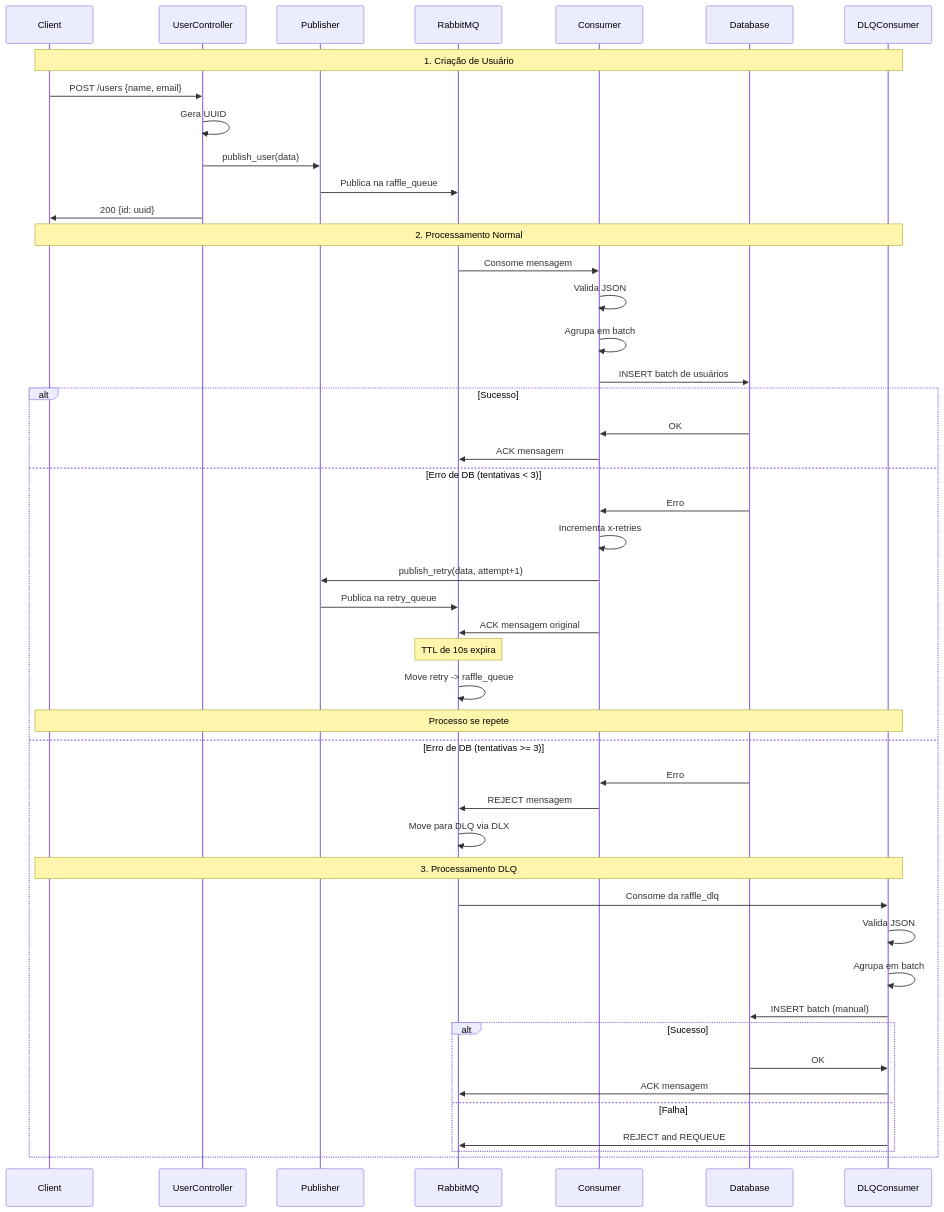
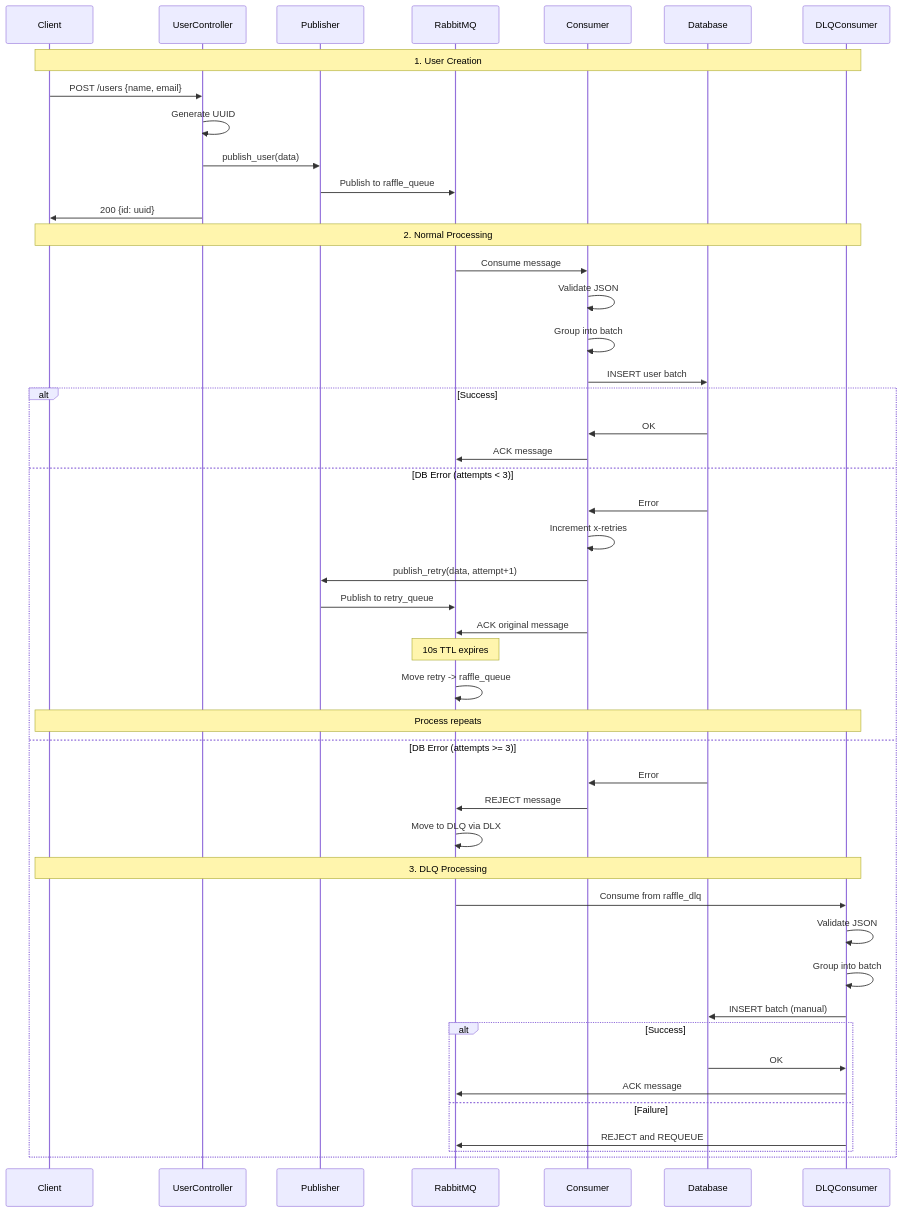
The second of 6 diagrams in docs/user_queue_process.md (dakoctba/raffle), drawn with Mermaid before and after one commit. The commit also changed other lines of this file and 2 other files, not shown here.

````diff
--- a/docs/user_queue_process.md
+++ b/docs/user_queue_process.md
@@ -61,60 +63,60 @@
 ```mermaid
 sequenceDiagram
     participant Client
     participant API as UserController
     participant Pub as Publisher
     participant RMQ as RabbitMQ
     participant Con as Consumer
     participant DB as Database
     participant DLQ as DLQConsumer
 
-    Note over Client, DLQ: 1. Criação de Usuário
+    Note over Client, DLQ: 1. User Creation
 
     Client->>API: POST /users {name, email}
-    API->>API: Gera UUID
+    API->>API: Generate UUID
     API->>Pub: publish_user(data)
-    Pub->>RMQ: Publica na raffle_queue
+    Pub->>RMQ: Publish to raffle_queue
     API->>Client: 200 {id: uuid}
 
-    Note over Client, DLQ: 2. Processamento Normal
+    Note over Client, DLQ: 2. Normal Processing
 
-    RMQ->>Con: Consome mensagem
-    Con->>Con: Valida JSON
-    Con->>Con: Agrupa em batch
-    Con->>DB: INSERT batch de usuários
+    RMQ->>Con: Consume message
+    Con->>Con: Validate JSON
+    Con->>Con: Group into batch
+    Con->>DB: INSERT user batch
 
-    alt Sucesso
+    alt Success
         DB->>Con: OK
-        Con->>RMQ: ACK mensagem
-    else Erro de DB (tentativas < 3)
-        DB->>Con: Erro
-        Con->>Con: Incrementa x-retries
+        Con->>RMQ: ACK message
+    else DB Error (attempts < 3)
+        DB->>Con: Error
+        Con->>Con: Increment x-retries
         Con->>Pub: publish_retry(data, attempt+1)
-        Pub->>RMQ: Publica na retry_queue
-        Con->>RMQ: ACK mensagem original
+        Pub->>RMQ: Publish to retry_queue
+        Con->>RMQ: ACK original message
 
-        Note over RMQ: TTL de 10s expira
+        Note over RMQ: 10s TTL expires
         RMQ->>RMQ: Move retry -> raffle_queue
 
-        Note over Client, DLQ: Processo se repete
+        Note over Client, DLQ: Process repeats
 
-    else Erro de DB (tentativas >= 3)
-        DB->>Con: Erro
-        Con->>RMQ: REJECT mensagem
-        RMQ->>RMQ: Move para DLQ via DLX
+    else DB Error (attempts >= 3)
+        DB->>Con: Error
+        Con->>RMQ: REJECT message
+        RMQ->>RMQ: Move to DLQ via DLX
 
-        Note over Client, DLQ: 3. Processamento DLQ
+        Note over Client, DLQ: 3. DLQ Processing
 
-        RMQ->>DLQ: Consome da raffle_dlq
-        DLQ->>DLQ: Valida JSON
-        DLQ->>DLQ: Agrupa em batch
+        RMQ->>DLQ: Consume from raffle_dlq
+        DLQ->>DLQ: Validate JSON
+        DLQ->>DLQ: Group into batch
         DLQ->>DB: INSERT batch (manual)
 
-        alt Sucesso
+        alt Success
             DB->>DLQ: OK
-            DLQ->>RMQ: ACK mensagem
-        else Falha
+            DLQ->>RMQ: ACK message
+        else Failure
             DLQ->>RMQ: REJECT and REQUEUE
         end
     end
 ```
````
